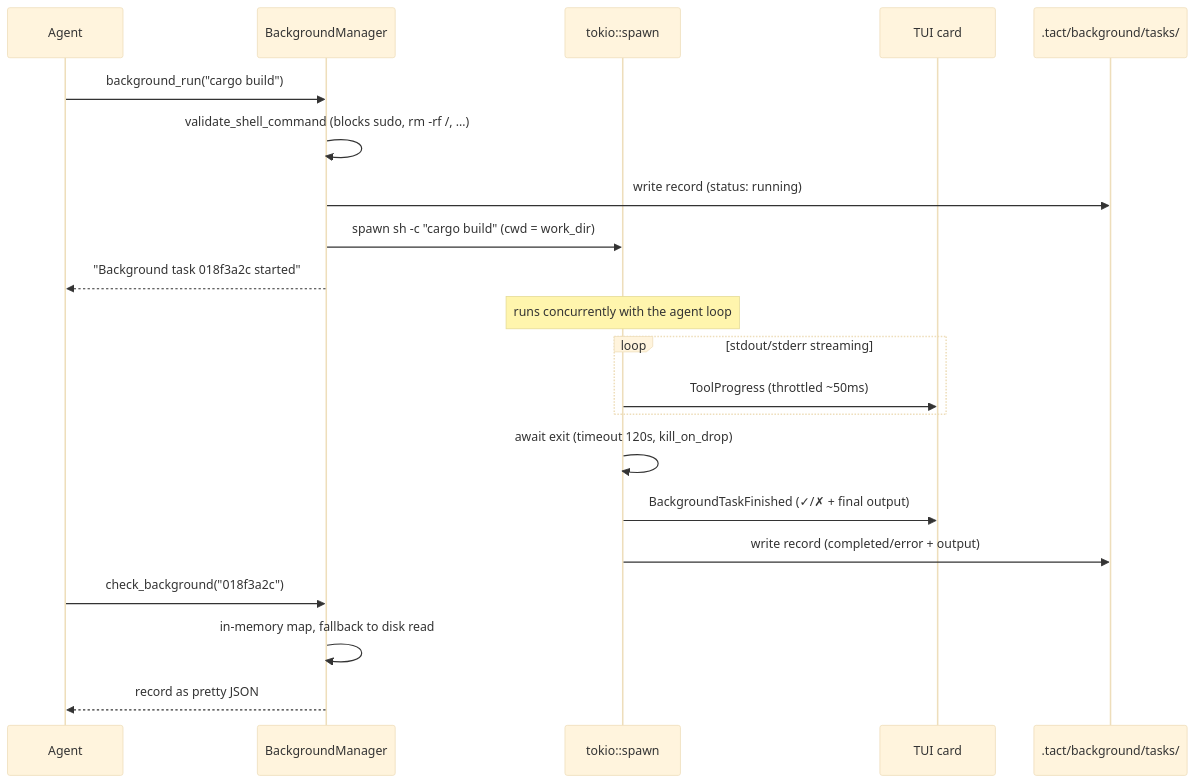
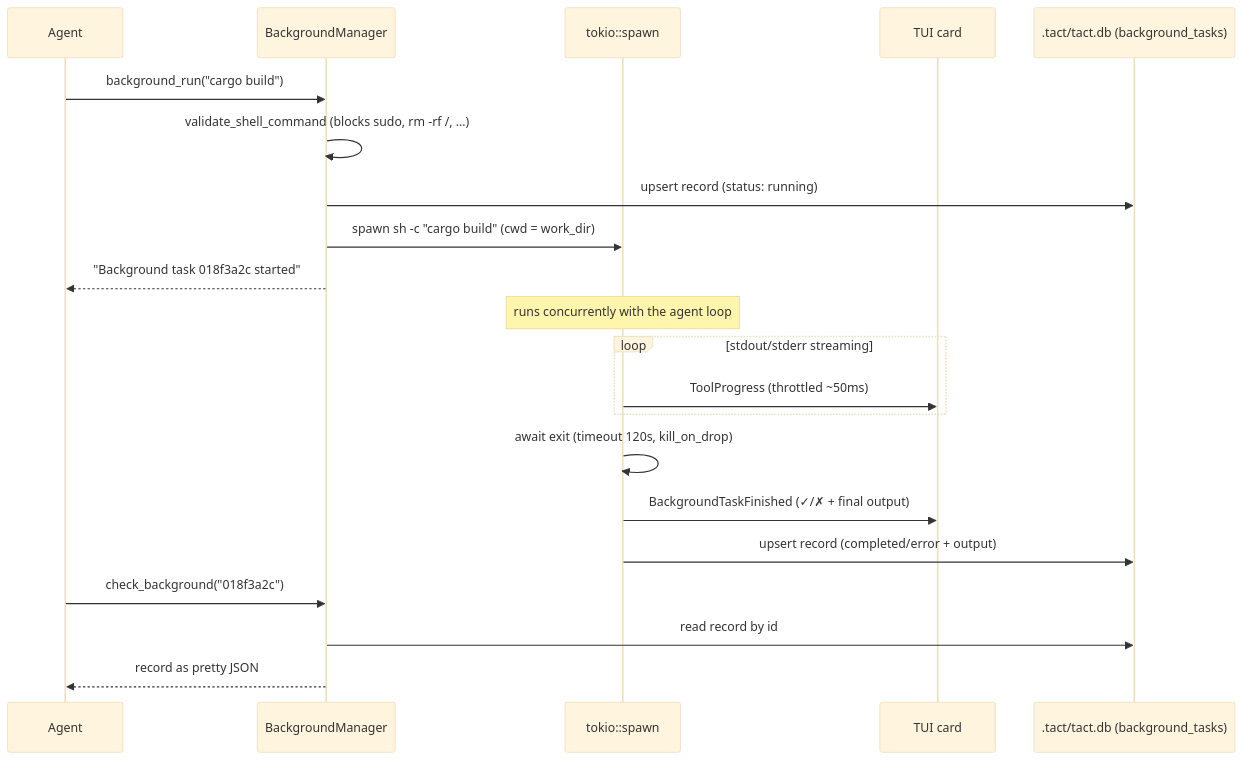
The diagram in book/13_chapter_background.md (rust-infra/tact), drawn with Mermaid (base theme) before and after one commit. The commit also changed other lines of this file and 23 other files, not shown here.

````diff
--- a/book/13_chapter_background.md
+++ b/book/13_chapter_background.md
@@ -54,27 +54,27 @@
 ```mermaid
 sequenceDiagram
     participant Agent
     participant BM as BackgroundManager
     participant Task as tokio::spawn
     participant TUI as TUI card
-    participant FS as .tact/background/tasks/
+    participant DB as .tact/tact.db (background_tasks)
 
     Agent->>BM: background_run("cargo build")
     BM->>BM: validate_shell_command (blocks sudo, rm -rf /, …)
-    BM->>FS: write record (status: running)
+    BM->>DB: upsert record (status: running)
     BM->>Task: spawn sh -c "cargo build" (cwd = work_dir)
     BM-->>Agent: "Background task 018f3a2c started"
 
     Note over Task: runs concurrently with the agent loop
 
     loop stdout/stderr streaming
         Task->>TUI: ToolProgress (throttled ~50ms)
     end
     Task->>Task: await exit (timeout 120s, kill_on_drop)
     Task->>TUI: BackgroundTaskFinished (✓/✗ + final output)
-    Task->>FS: write record (completed/error + output)
+    Task->>DB: upsert record (completed/error + output)
 
     Agent->>BM: check_background("018f3a2c")
-    BM->>BM: in-memory map, fallback to disk read
+    BM->>DB: read record by id
     BM-->>Agent: record as pretty JSON
 ```
````
